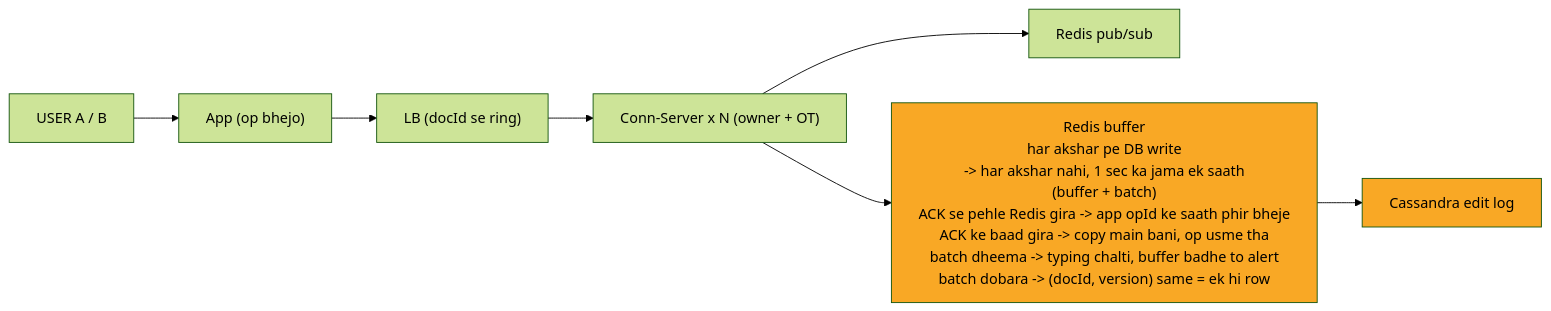
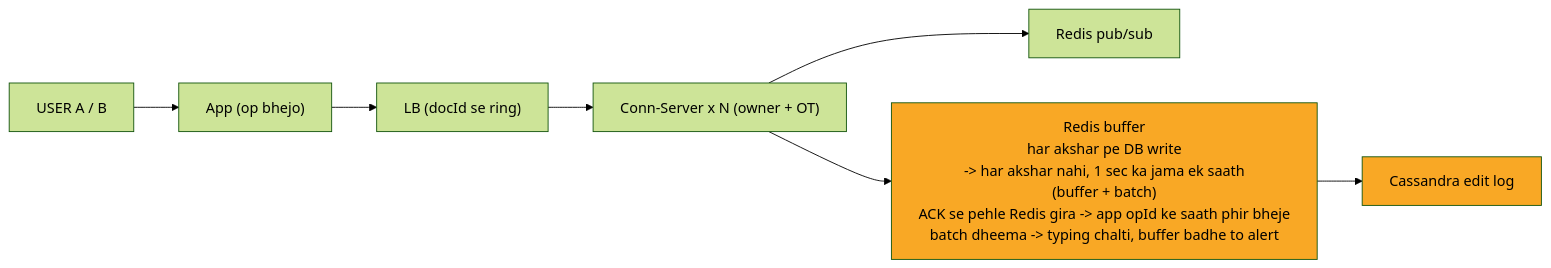
The seventh of 10 diagrams in 04_HLD/SYSTEM_DESIGNS/11_google_docs_collab/11_google_docs_collab.md (ArpanMaheshwari144/Prep), drawn with Mermaid (forest theme) before and after one commit. The commit also changed other lines of this file and 13 other files, not shown here.

````diff
--- a/04_HLD/SYSTEM_DESIGNS/11_google_docs_collab/11_google_docs_collab.md
+++ b/04_HLD/SYSTEM_DESIGNS/11_google_docs_collab/11_google_docs_collab.md
@@ -255,19 +255,19 @@
 ```mermaid
 %%{init: {"flowchart": {"wrappingWidth": 450}}}%%
 flowchart LR
     n_USER["USER A / B"]
     n_App["App (op bhejo)"]
     n_LB["LB (docId se ring)"]
     n_Conn_Server_xN["Conn-Server x N (owner + OT)"]
     n_PS["Redis pub/sub"]
-    n_BUF["Redis buffer<br/>har akshar pe DB write<br/>-> har akshar nahi, 1 sec ka jama ek saath<br/>(buffer + batch)<br/>ACK se pehle Redis gira -> app opId ke saath phir bheje<br/>ACK ke baad gira -> copy main bani, op usme tha<br/>batch dheema -> typing chalti, buffer badhe to alert<br/>batch dobara -> (docId, version) same = ek hi row"]
+    n_BUF["Redis buffer<br/>har akshar pe DB write<br/>-> har akshar nahi, 1 sec ka jama ek saath<br/>(buffer + batch)<br/>ACK se pehle Redis gira -> app opId ke saath phir bheje<br/>batch dheema -> typing chalti, buffer badhe to alert"]
     n_CAS["Cassandra edit log"]
     n_USER --> n_App
     n_App --> n_LB
     n_LB --> n_Conn_Server_xN
     n_Conn_Server_xN --> n_PS
     n_Conn_Server_xN --> n_BUF
     n_BUF --> n_CAS
     style n_BUF fill:#f9a825,color:#000
     style n_CAS fill:#f9a825,color:#000
 ```
````
